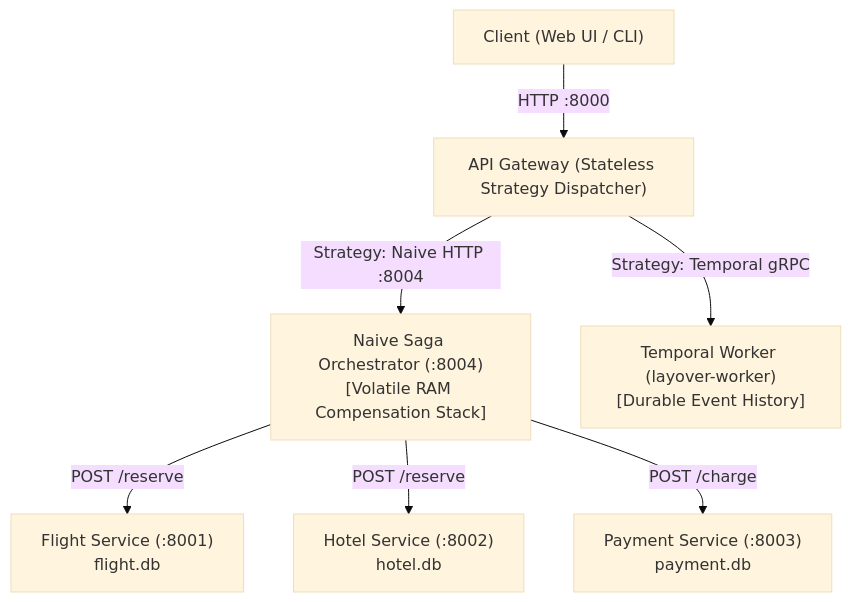
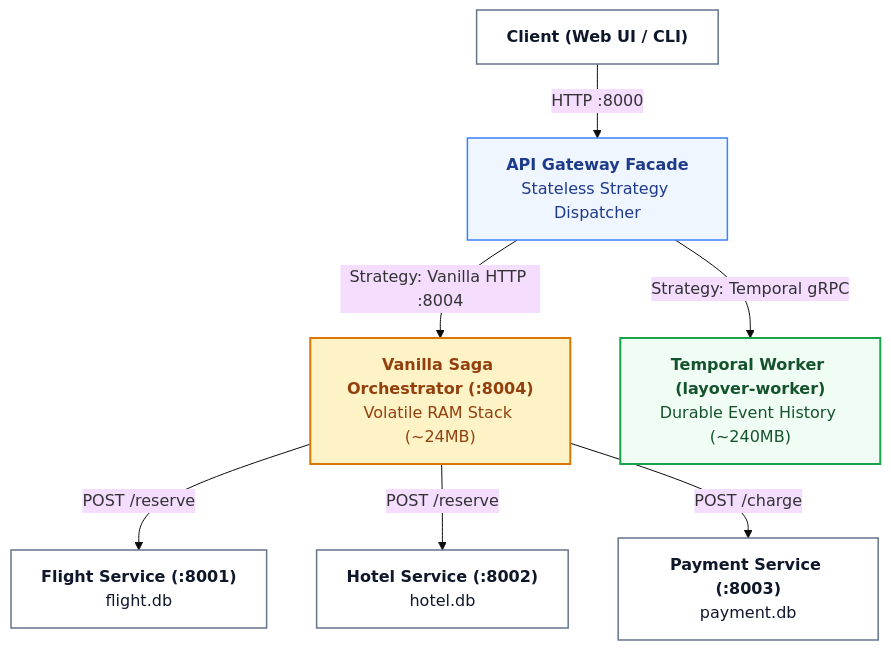
The first of 2 diagrams in docs/evidences/lo1/naive-saga-orchestrator/lo1-naive-saga-orchestrator.md (eucaliptuskoala/layover), drawn with Mermaid (base theme) before and after one commit. The commit also changed other lines of this file and 27 other files, not shown here.

````diff
--- a/docs/evidences/lo1/naive-saga-orchestrator/lo1-naive-saga-orchestrator.md
+++ b/docs/evidences/lo1/naive-saga-orchestrator/lo1-naive-saga-orchestrator.md
@@ -36,11 +39,23 @@
 ```mermaid
-graph TD
-    Client["Client (Web UI / CLI)"] -->|HTTP :8000| Gateway["API Gateway (Stateless Strategy Dispatcher)"]
+flowchart TD
+    Client["<b>Client (Web UI / CLI)</b>"] -->|HTTP :8000| Gateway["<b>API Gateway Facade</b><br/>Stateless Strategy Dispatcher"]
 
-    Gateway -->|Strategy: Naive HTTP :8004| NaiveOrch["Naive Saga Orchestrator (:8004)<br/>[Volatile RAM Compensation Stack]"]
-    Gateway -->|Strategy: Temporal gRPC| TemporalWorker["Temporal Worker (layover-worker)<br/>[Durable Event History]"]
+    Gateway -->|Strategy: Vanilla HTTP :8004| VanillaOrch["<b>Vanilla Saga Orchestrator (:8004)</b><br/>Volatile RAM Stack (~24MB)"]
+    Gateway -->|Strategy: Temporal gRPC| TemporalWorker["<b>Temporal Worker (layover-worker)</b><br/>Durable Event History (~240MB)"]
 
-    NaiveOrch -->|POST /reserve| Flight["Flight Service (:8001)<br/>flight.db"]
-    NaiveOrch -->|POST /reserve| Hotel["Hotel Service (:8002)<br/>hotel.db"]
-    NaiveOrch -->|POST /charge| Payment["Payment Service (:8003)<br/>payment.db"]
+    VanillaOrch -->|POST /reserve| Flight["<b>Flight Service (:8001)</b><br/>flight.db"]
+    VanillaOrch -->|POST /reserve| Hotel["<b>Hotel Service (:8002)</b><br/>hotel.db"]
+    VanillaOrch -->|POST /charge| Payment["<b>Payment Service (:8003)</b><br/>payment.db"]
+
+    classDef clientNode fill:#ffffff,stroke:#64748b,stroke-width:1.5px,color:#0f172a;
+    classDef gatewayNode fill:#eff6ff,stroke:#3b82f6,stroke-width:1.5px,color:#1e3a8a;
+    classDef vanillaNode fill:#fef3c7,stroke:#d97706,stroke-width:2px,color:#92400e;
+    classDef temporalNode fill:#f0fdf4,stroke:#16a34a,stroke-width:2px,color:#14532d;
+    classDef serviceNode fill:#ffffff,stroke:#64748b,stroke-width:1.5px,color:#0f172a;
+
+    class Client clientNode;
+    class Gateway gatewayNode;
+    class VanillaOrch vanillaNode;
+    class TemporalWorker temporalNode;
+    class Flight,Hotel,Payment serviceNode;
 ```
````
